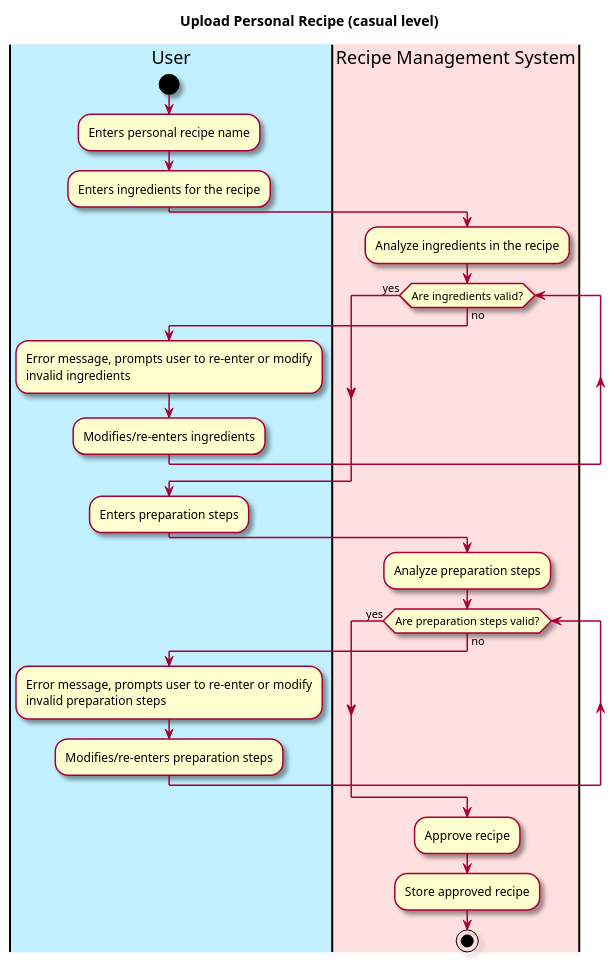
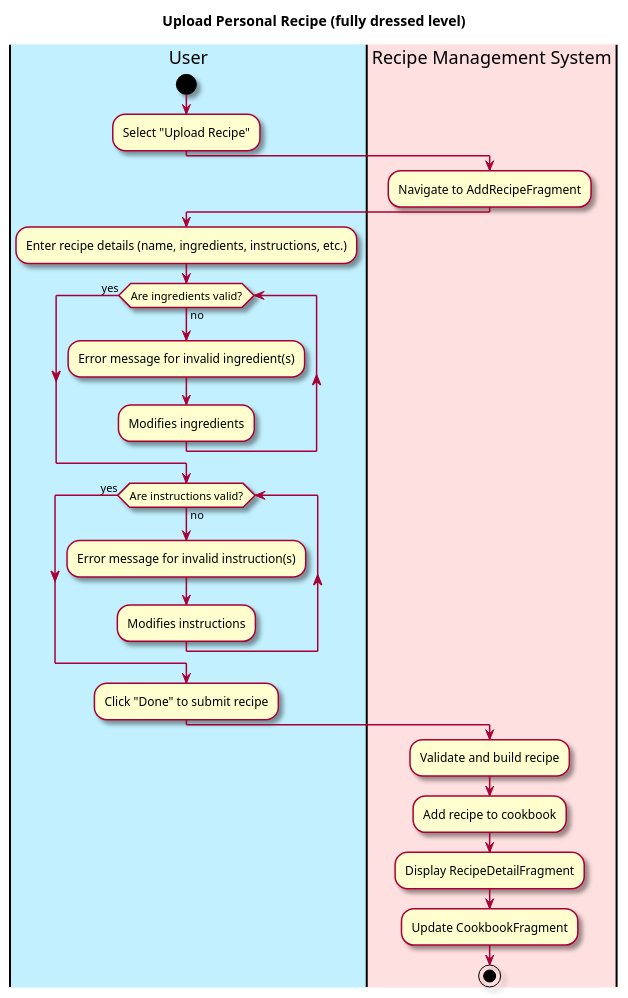
One commit to berthashipper/Pantry-Pal-Android-Application changed the first of 2 diagrams in intellij/doc/use-cases/upload_personal_recipe.md. Above: the diagram before and after it, drawn with PlantUML. The commit also changed other lines of this file and 11 other files, not shown here.

Commit message:
Updated sequence diagrams and workflows to reflect real code

````diff
--- a/intellij/doc/use-cases/upload_personal_recipe.md
+++ b/intellij/doc/use-cases/upload_personal_recipe.md
@@ -26,49 +26,43 @@
 ```plantuml
 @startuml
 
 skin rose
 
-title Upload Personal Recipe (casual level)
+title Upload Personal Recipe (fully dressed level)
 
 'define the lanes
 |#application|User|
 |#implementation|Recipe Management System|
 
 |User|
 start
-:Enters personal recipe name;
-:Enters ingredients for the recipe;
-
+:Select "Upload Recipe";
 |Recipe Management System|
-:Analyze ingredients in the recipe;
+:Navigate to AddRecipeFragment;
+|User|
+:Enter recipe details (name, ingredients, instructions, etc.);
 
 while (Are ingredients valid?) is (no)
   |User|
-  :Error message, prompts user to re-enter or modify
-  invalid ingredients;
-  :Modifies/re-enters ingredients;  
-endwhile(yes) 
+  :Error message for invalid ingredient(s);
+  :Modifies ingredients;
+endwhile(yes)
+
+while (Are instructions valid?) is (no)
+  |User|
+  :Error message for invalid instruction(s);
+  :Modifies instructions;
+endwhile(yes)
 
 |User|
-:Enters preparation steps;
-
+:Click "Done" to submit recipe;
 |Recipe Management System|
-:Analyze preparation steps;
-
-while (Are preparation steps valid?) is (no)
-  |User|
-  :Error message, prompts user to re-enter or modify
-  invalid preparation steps;
-  :Modifies/re-enters preparation steps;  
-endwhile(yes)
-  
-
-|Recipe Management System|
-:Approve recipe;
-:Store approved recipe;
-
+:Validate and build recipe;
+:Add recipe to cookbook;
+:Display RecipeDetailFragment;
+:Update CookbookFragment;
 stop
 
+@enduml
 
-@enduml
 ```
````
